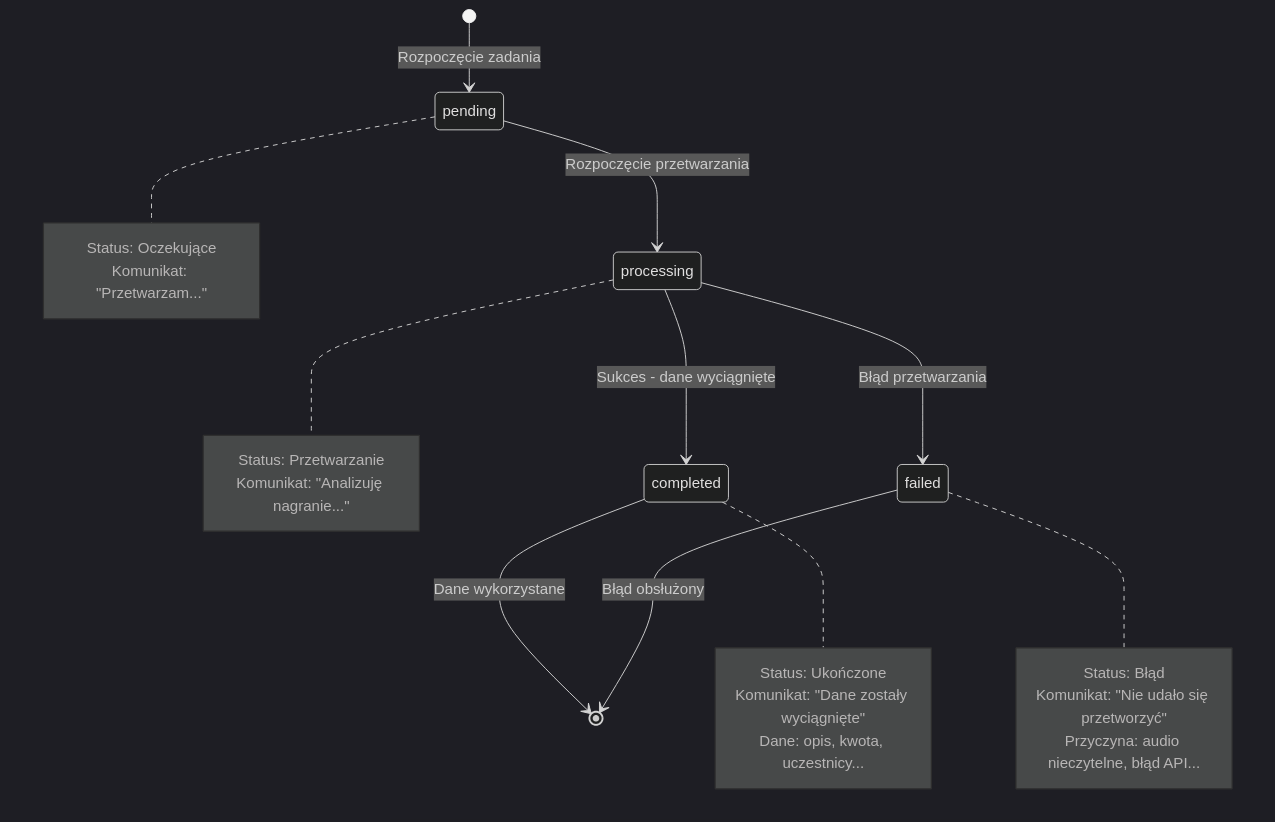
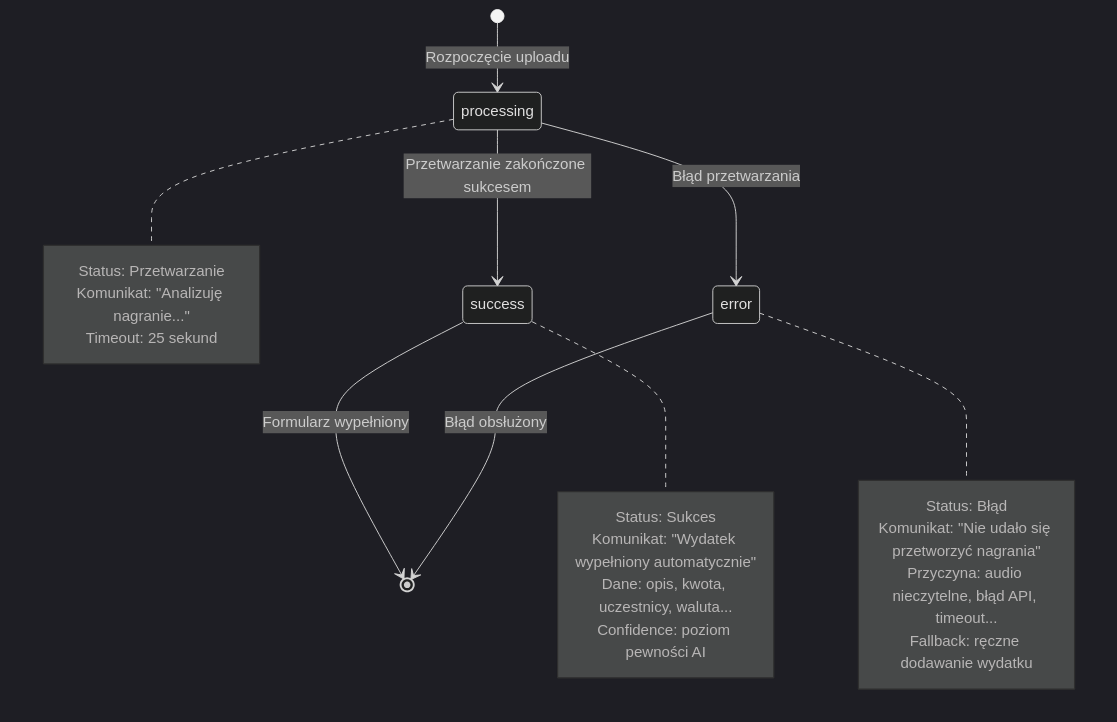
Before and after one commit to wojciech-borek/billzilla: the fourth of 4 diagrams in .ai/diagrams/voice-expense-flow.md, drawn with Mermaid (dark theme). The commit also changed other lines of this file and 24 other files, not shown here.

````diff
--- a/.ai/diagrams/voice-expense-flow.md
+++ b/.ai/diagrams/voice-expense-flow.md
@@ -154,33 +146,30 @@
 ```mermaid
 stateDiagram-v2
-    [*] --> pending: Rozpoczęcie zadania
+    [*] --> processing: Rozpoczęcie uploadu
 
-    pending --> processing: Rozpoczęcie przetwarzania
-    processing --> completed: Sukces - dane wyciągnięte
-    processing --> failed: Błąd przetwarzania
+    processing --> success: Przetwarzanie zakończone sukcesem
+    processing --> error: Błąd przetwarzania
 
-    completed --> [*]: Dane wykorzystane
-    failed --> [*]: Błąd obsłużony
-
-    note right of pending
-        Status: Oczekujące
-        Komunikat: "Przetwarzam..."
-    end note
+    success --> [*]: Formularz wypełniony
+    error --> [*]: Błąd obsłużony
 
     note right of processing
         Status: Przetwarzanie
         Komunikat: "Analizuję nagranie..."
+        Timeout: 25 sekund
     end note
 
-    note right of completed
-        Status: Ukończone
-        Komunikat: "Dane zostały wyciągnięte"
-        Dane: opis, kwota, uczestnicy...
+    note right of success
+        Status: Sukces
+        Komunikat: "Wydatek wypełniony automatycznie"
+        Dane: opis, kwota, uczestnicy, waluta...
+        Confidence: poziom pewności AI
     end note
 
-    note right of failed
+    note right of error
         Status: Błąd
-        Komunikat: "Nie udało się przetworzyć"
-        Przyczyna: audio nieczytelne, błąd API...
+        Komunikat: "Nie udało się przetworzyć nagrania"
+        Przyczyna: audio nieczytelne, błąd API, timeout...
+        Fallback: ręczne dodawanie wydatku
     end note
 ```
````
